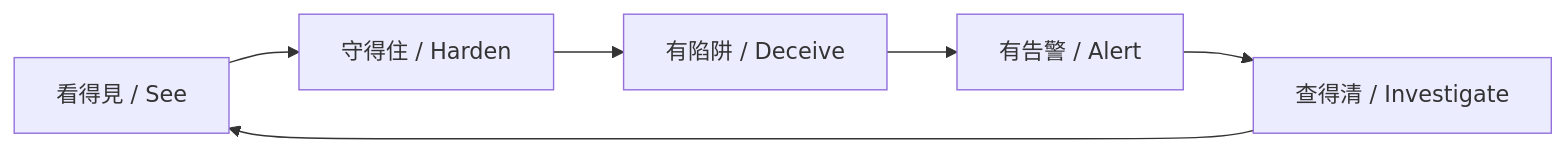
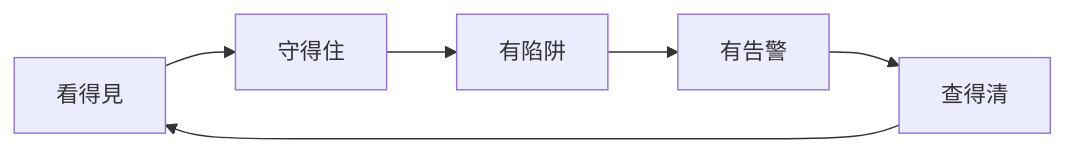
Before and after one commit to web3-ai-game/oece-x-blue-sh: the first of 6 diagrams in README.md, drawn with Mermaid. The commit also changed other lines of this file, not shown here.

````diff
--- a/README.md
+++ b/README.md
@@ -108,8 +107,8 @@
 ```mermaid
 flowchart LR
-    A["看得見 / See"] --> B["守得住 / Harden"]
-    B --> C["有陷阱 / Deceive"]
-    C --> D["有告警 / Alert"]
-    D --> E["查得清 / Investigate"]
+    A["看得見"] --> B["守得住"]
+    B --> C["有陷阱"]
+    C --> D["有告警"]
+    D --> E["查得清"]
     E --> A
 ```
````
